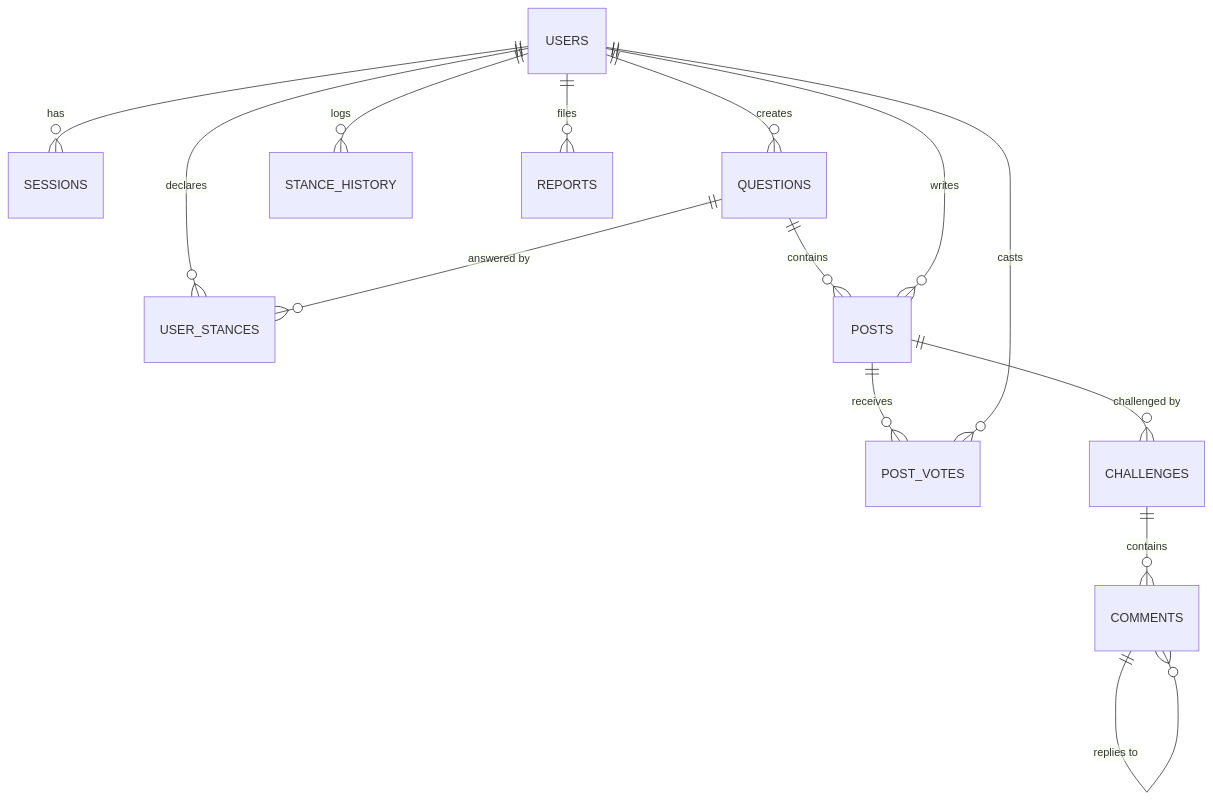
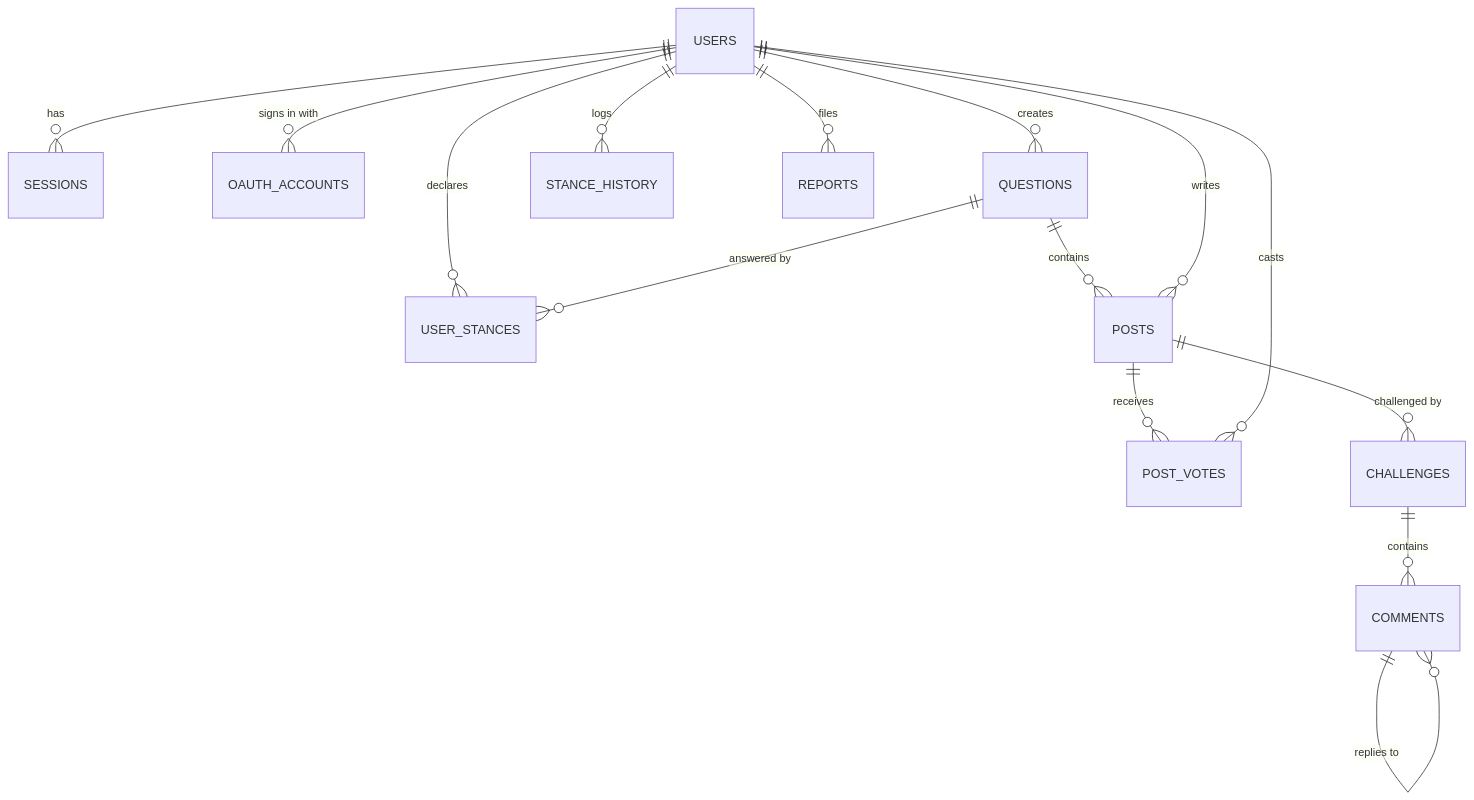
The third of 3 diagrams in docs/ROADMAP.md (eshmeetbhachu/perspective), drawn with Mermaid before and after one commit. The commit also changed other lines of this file, not shown here.

````diff
--- a/docs/ROADMAP.md
+++ b/docs/ROADMAP.md
@@ -97,16 +106,17 @@
 ```mermaid
 erDiagram
   USERS ||--o{ SESSIONS : has
+  USERS ||--o{ OAUTH_ACCOUNTS : "signs in with"
   USERS ||--o{ QUESTIONS : creates
   USERS ||--o{ USER_STANCES : declares
   QUESTIONS ||--o{ USER_STANCES : "answered by"
   USERS ||--o{ STANCE_HISTORY : logs
   QUESTIONS ||--o{ POSTS : contains
   USERS ||--o{ POSTS : writes
   POSTS ||--o{ POST_VOTES : receives
   USERS ||--o{ POST_VOTES : casts
   POSTS ||--o{ CHALLENGES : "challenged by"
   CHALLENGES ||--o{ COMMENTS : contains
   COMMENTS ||--o{ COMMENTS : "replies to"
   USERS ||--o{ REPORTS : files
 ```
````
